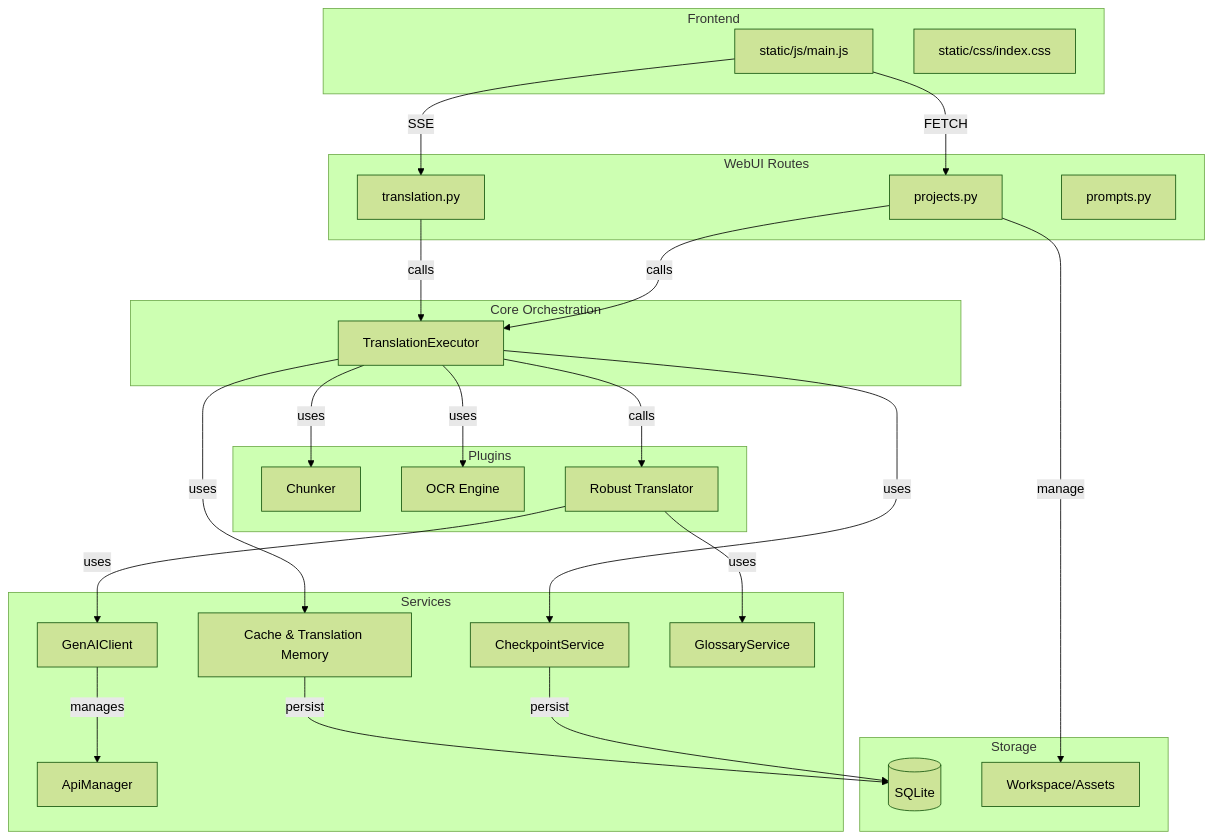
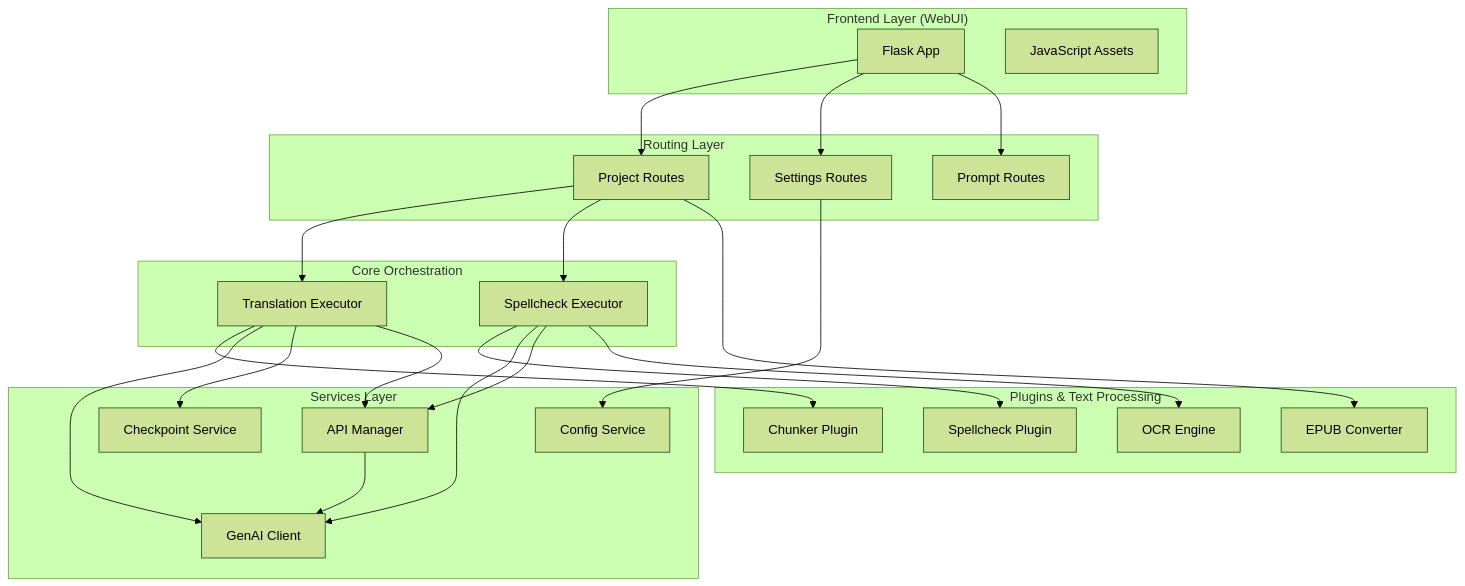
One commit to Narga/ai-vi-translator changed the third of 3 diagrams in ARCHITECTURE.md. Above: the diagram before and after it, drawn with Mermaid (forest theme). The commit also changed other lines of this file and 2 other files, not shown here.

````diff
--- a/ARCHITECTURE.md
+++ b/ARCHITECTURE.md
@@ -34,56 +78,42 @@
 ```mermaid
-graph TD
-    subgraph Frontend
-        JS[static/js/main.js]
-        CSS[static/css/index.css]
+graph TB
+    subgraph "Frontend Layer (WebUI)"
+        UI[Flask App]
+        JS[JavaScript Assets]
     end
 
-    subgraph Web_API [WebUI Routes]
-        RP[projects.py]
-        RT[translation.py]
-        RPR[prompts.py]
+    subgraph "Routing Layer"
+        PR[Project Routes]
+        SR[Settings Routes]
+        TR[Prompt Routes]
     end
 
-    subgraph Core [Core Orchestration]
-        TE[TranslationExecutor]
+    subgraph "Core Orchestration"
+        TX[Translation Executor]
+        SX[Spellcheck Executor]
     end
 
-    subgraph Plugins
-        CH[Chunker]
-        OE[OCR Engine]
-        TR[Robust Translator]
+    subgraph "Services Layer"
+        GC[GenAI Client]
+        CS[Config Service]
+        CK[Checkpoint Service]
+        AM[API Manager]
     end
 
-    subgraph Services
-        GAC[GenAIClient]
-        CPS[CheckpointService]
-        TCM[Cache & Translation Memory]
-        GLS[GlossaryService]
-        AM[ApiManager]
+    subgraph "Plugins & Text Processing"
+        CH[Chunker Plugin]
+        SP[Spellcheck Plugin]
+        OC[OCR Engine]
+        EP[EPUB Converter]
     end
 
-    subgraph Storage
-        DB[(SQLite)]
-        WS[Workspace/Assets]
-    end
-
-    %% Connections
-    JS -- FETCH --> RP
-    JS -- SSE --> RT
-    RP -- calls --> TE
-    RT -- calls --> TE
-    
-    TE -- uses --> CH
-    TE -- uses --> OE
-    TE -- uses --> CPS
-    TE -- uses --> TCM
-    TE -- calls --> TR
-    
-    TR -- uses --> GAC
-    TR -- uses --> GLS
-    GAC -- manages --> AM
-    
-    CPS -- persist --> DB
-    TCM -- persist --> DB
-    RP -- manage --> WS
+    UI --> PR & SR & TR
+    PR --> TX & SX
+    TX --> CH & GC & CK
+    SX --> SP & GC
+    TX & SX --> AM
+    AM --> GC
+    PR --> EP
+    SR --> CS
+    SX --> OC
 ```
````
